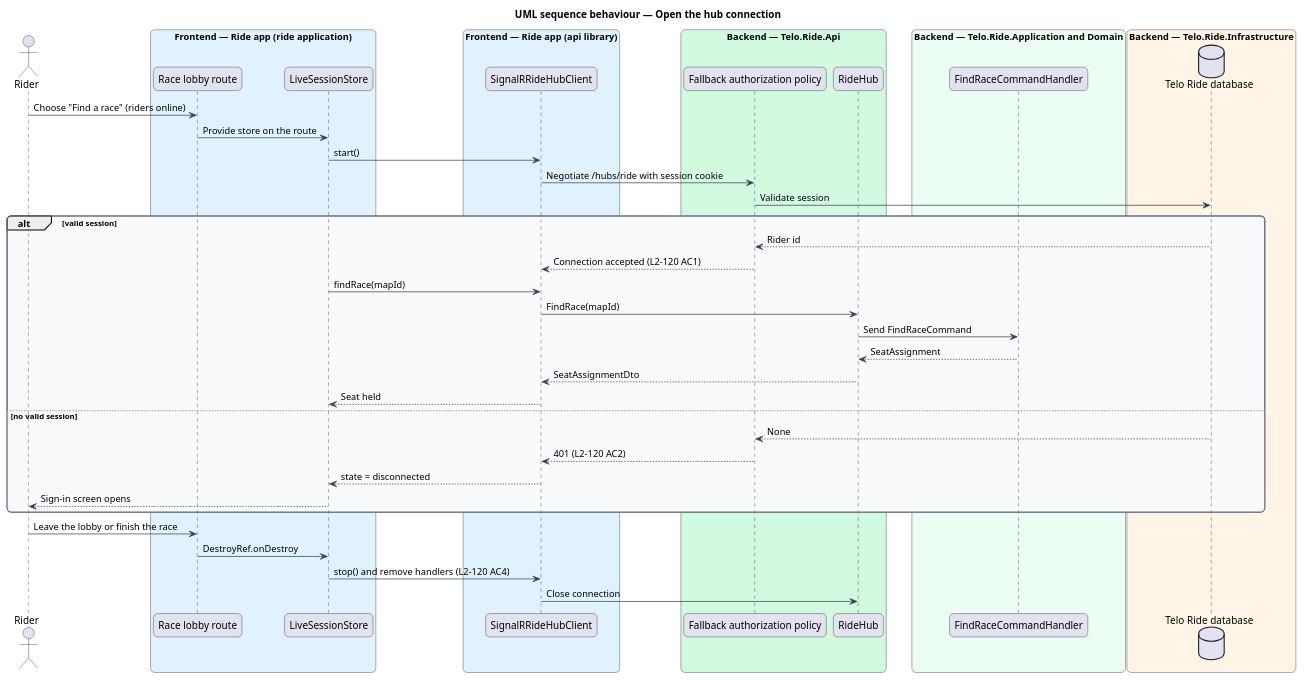
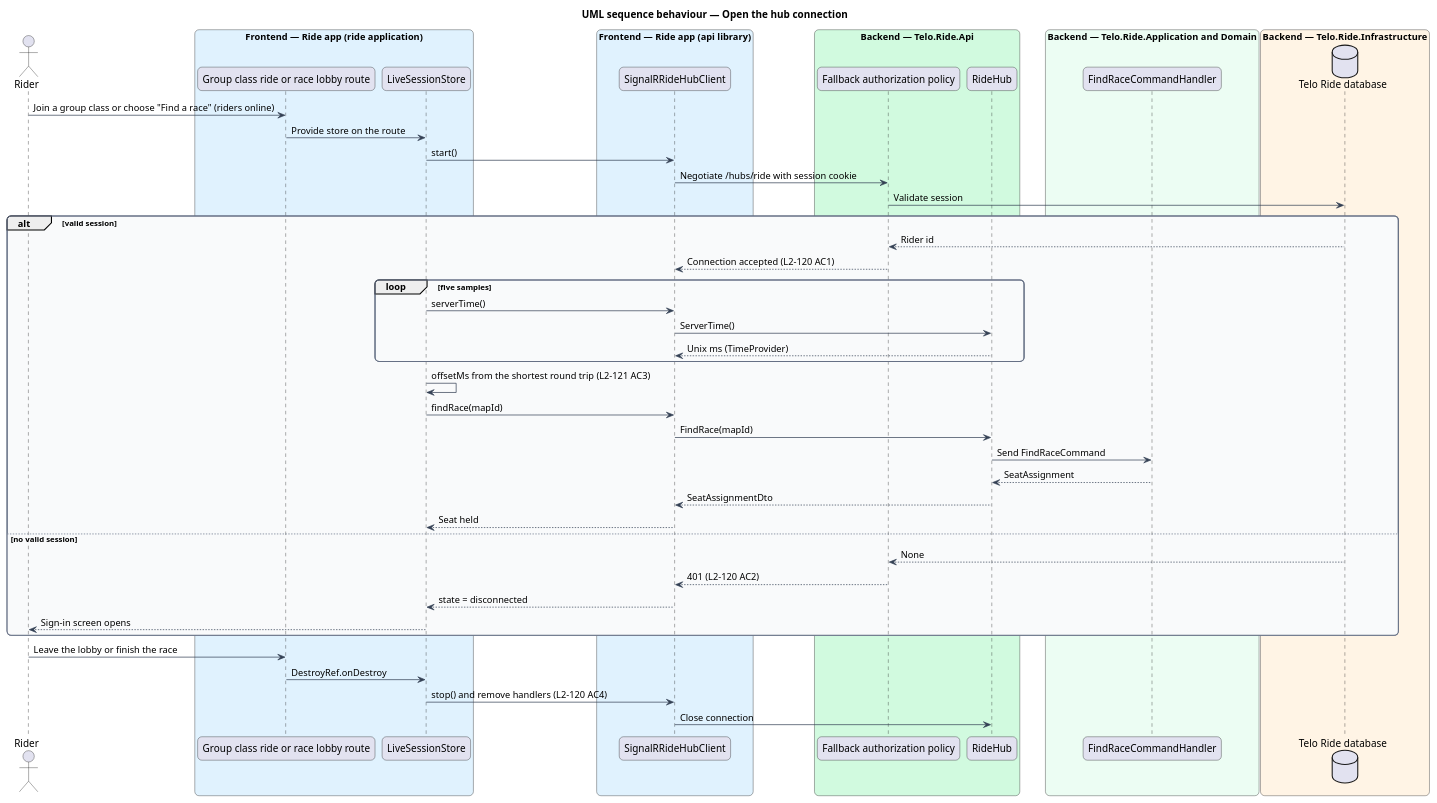
Before and after one commit to QuinntyneBrown/ride-one: the diagram in docs/detailed-designs/multiplayer/connect-to-the-ride-hub/diagrams/sequence-open-the-connection.puml, drawn with PlantUML. The commit also changed 9 other files, not shown here.

First line of the commit message:
Answer the ride hub's ServerTime for the clock offset (slice 14.1)

```diff
--- a/docs/detailed-designs/multiplayer/connect-to-the-ride-hub/diagrams/sequence-open-the-connection.puml
+++ b/docs/detailed-designs/multiplayer/connect-to-the-ride-hub/diagrams/sequence-open-the-connection.puml
@@ -1,59 +1,65 @@
 @startuml
 title UML sequence behaviour — Open the hub connection
 skinparam backgroundColor #FFFFFF
 skinparam shadowing false
 skinparam roundcorner 12
 skinparam defaultFontName Arial
 skinparam ArrowColor #344054
 skinparam rectangle {
   BorderColor #344054
   FontColor #101828
 }
 skinparam package {
   BorderColor #667085
   FontColor #101828
   BackgroundColor #F9FAFB
 }
 actor "Rider" as actor
 box "Frontend — Ride app (ride application)" #E0F2FE
-  participant "Race lobby route" as route
+  participant "Group class ride or race lobby route" as route
   participant "LiveSessionStore" as store
 end box
 box "Frontend — Ride app (api library)" #E0F2FE
   participant "SignalRRideHubClient" as client
 end box
 box "Backend — Telo.Ride.Api" #D1FADF
   participant "Fallback authorization policy" as auth
   participant "RideHub" as hub
 end box
 box "Backend — Telo.Ride.Application and Domain" #ECFDF3
   participant "FindRaceCommandHandler" as handler
 end box
 box "Backend — Telo.Ride.Infrastructure" #FFF4E5
   database "Telo Ride database" as db
 end box
-actor -> route : Choose "Find a race" (riders online)
+actor -> route : Join a group class or choose "Find a race" (riders online)
 route -> store : Provide store on the route
 store -> client : start()
 client -> auth : Negotiate /hubs/ride with session cookie
 auth -> db : Validate session
 alt valid session
   db --> auth : Rider id
   auth --> client : Connection accepted (L2-120 AC1)
+  loop five samples
+    store -> client : serverTime()
+    client -> hub : ServerTime()
+    hub --> client : Unix ms (TimeProvider)
+  end
+  store -> store : offsetMs from the shortest round trip (L2-121 AC3)
   store -> client : findRace(mapId)
   client -> hub : FindRace(mapId)
   hub -> handler : Send FindRaceCommand
   handler --> hub : SeatAssignment
   hub --> client : SeatAssignmentDto
   client --> store : Seat held
 else no valid session
   db --> auth : None
   auth --> client : 401 (L2-120 AC2)
   client --> store : state = disconnected
   store --> actor : Sign-in screen opens
 end
 actor -> route : Leave the lobby or finish the race
 route -> store : DestroyRef.onDestroy
 store -> client : stop() and remove handlers (L2-120 AC4)
 client -> hub : Close connection
 @enduml
```
